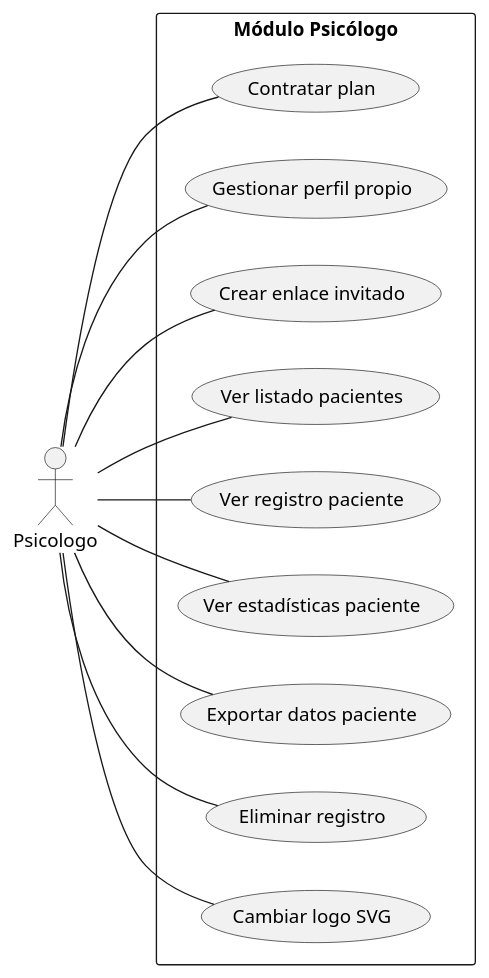
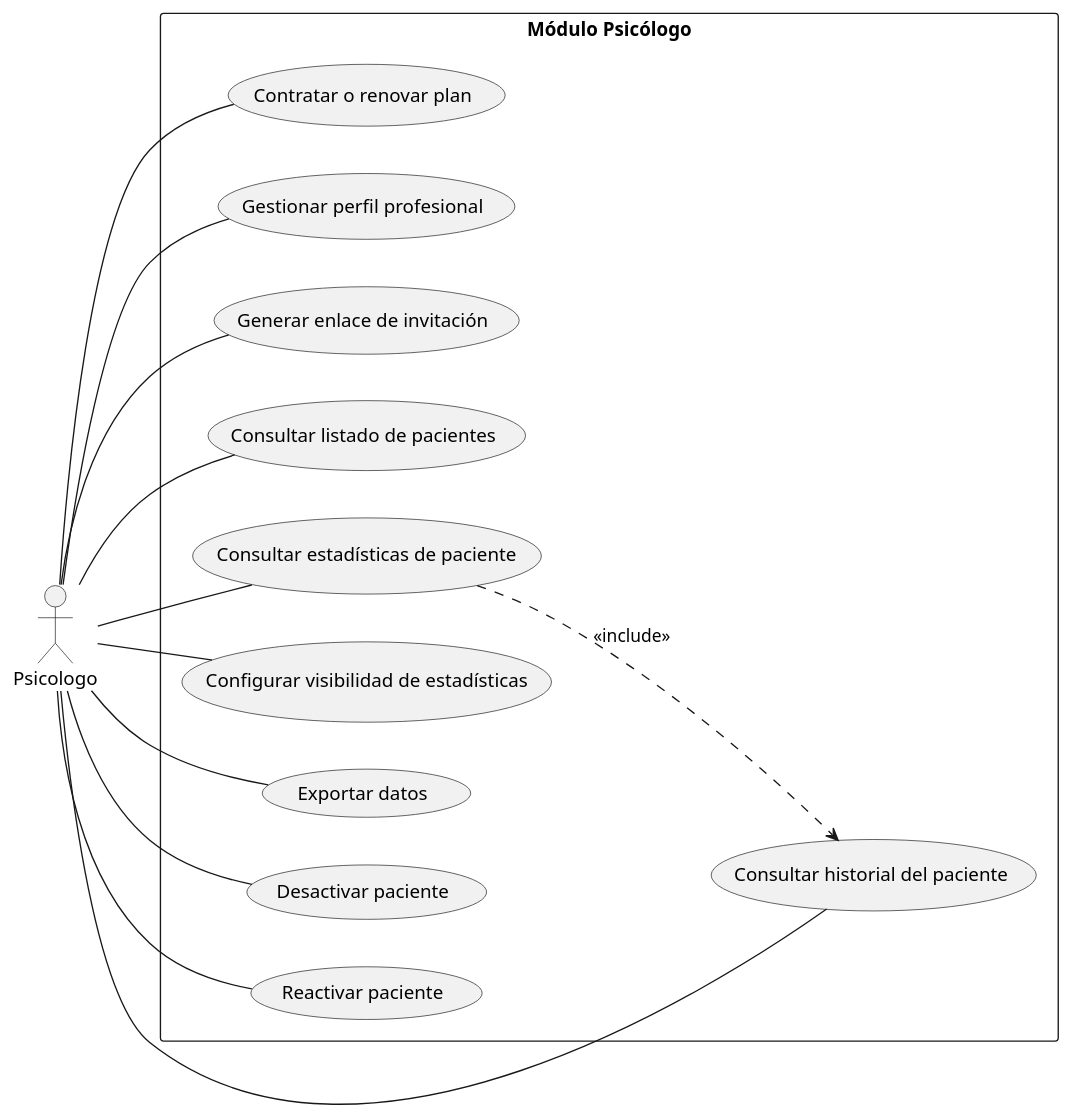
Before and after one commit to Sembrem-prj/base: the diagram in Casos_de_usos/diagrama_caso_uso_psicólogo.puml, drawn with PlantUML. The commit also changed 2 other files, not shown here.

```diff
--- a/Casos_de_usos/diagrama_caso_uso_psicólogo.puml
+++ b/Casos_de_usos/diagrama_caso_uso_psicólogo.puml
@@ -1,18 +1,26 @@
 @startuml Psicologo
 left to right direction
 
 actor Psicologo as ps
 
 rectangle "Módulo Psicólogo" {
-ps -- (Contratar plan)
-ps -- (Gestionar perfil propio)
-ps -- (Crear enlace invitado)
-ps -- (Ver listado pacientes)
-ps -- (Ver registro paciente)
-ps -- (Ver estadísticas paciente)
-ps -- (Exportar datos paciente)
-ps -- (Eliminar registro)
-ps -- (Cambiar logo SVG)
+
+ps -- (Contratar o renovar plan)
+ps -- (Gestionar perfil profesional)
+ps -- (Generar enlace de invitación)
+
+ps -- (Consultar listado de pacientes)
+ps -- (Consultar historial del paciente)
+ps -- (Consultar estadísticas de paciente)
+
+ps -- (Configurar visibilidad de estadísticas)
+ps -- (Exportar datos)
+
+ps -- (Desactivar paciente)
+ps -- (Reactivar paciente)
+
 }
 
+(Consultar estadísticas de paciente) ..> (Consultar historial del paciente) : <<include>>
+
 @enduml
```
